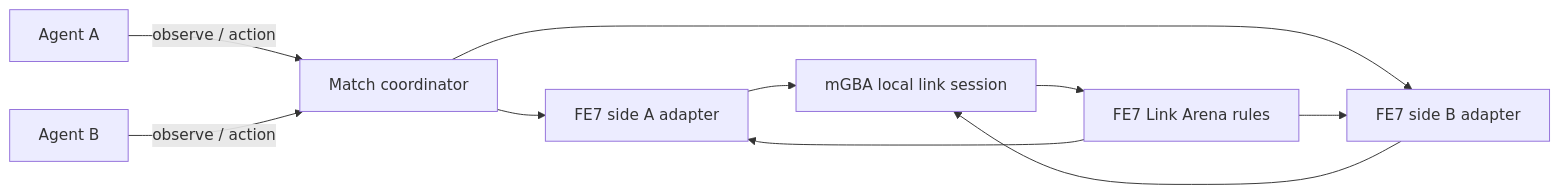
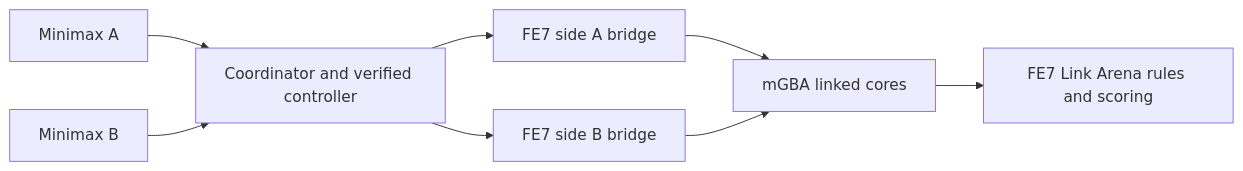
The diagram in docs/LINK_ARENA.md (llmletsplay/fire-emblem-gba), drawn with Mermaid before and after one commit. The commit also changed other lines of this file and 19 other files, not shown here.

Commit message:
feat(link-arena): automate setup and unattended matches (#3)

````diff
--- a/docs/LINK_ARENA.md
+++ b/docs/LINK_ARENA.md
@@ -93,12 +94,10 @@
 ```mermaid
 flowchart LR
-    A[Agent A] -->|observe / action| C[Match coordinator]
-    B[Agent B] -->|observe / action| C
-    C --> S1[FE7 side A adapter]
-    C --> S2[FE7 side B adapter]
-    S1 --> M[mGBA local link session]
+    A[Minimax A] --> C[Coordinator and verified controller]
+    B[Minimax B] --> C
+    C --> S1[FE7 side A bridge]
+    C --> S2[FE7 side B bridge]
+    S1 --> M[mGBA linked cores]
     S2 --> M
-    M --> G[FE7 Link Arena rules]
-    G --> S1
-    G --> S2
+    M --> G[FE7 Link Arena rules and scoring]
 ```
````
